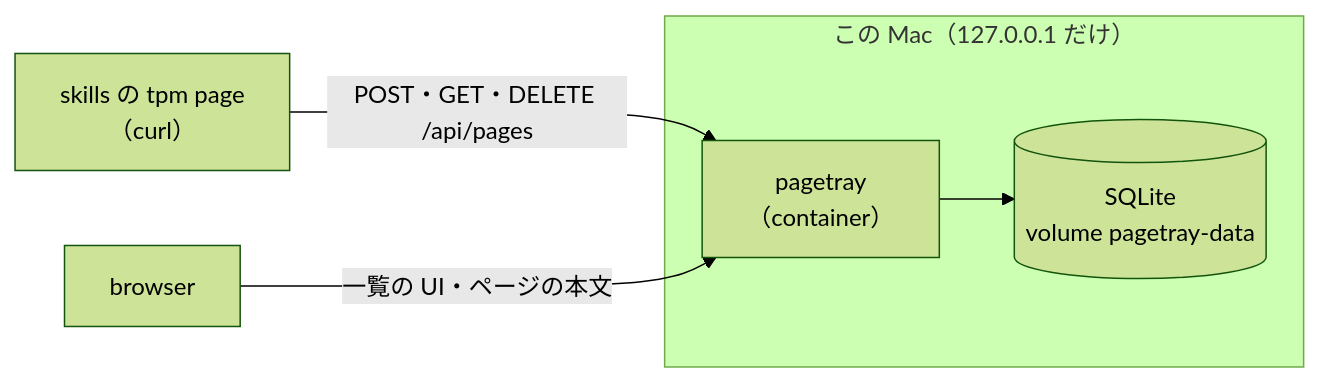
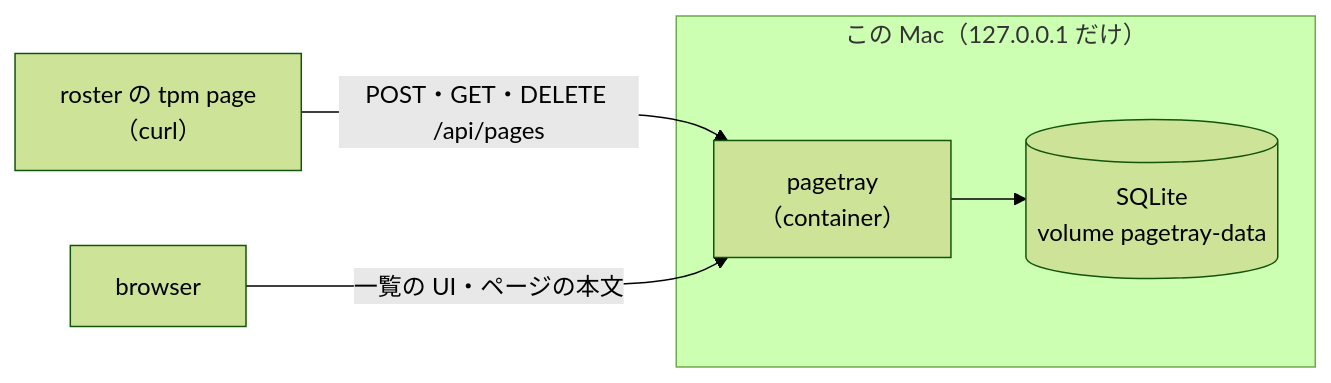
One commit to uraitakahito/pagetray changed the diagram in docs/src/index.md. Above: the diagram before and after it, drawn with Mermaid (forest theme). The commit also changed other lines of this file and 11 other files, not shown here.

First line of the commit message:
docs: 呼ぶ側の repo の名を skills から roster に替える（t-nsgr） (#36)

````diff
--- a/docs/src/index.md
+++ b/docs/src/index.md
@@ -6,8 +6,8 @@
 ```mermaid
 flowchart LR
-  tpm["skills の tpm page<br>（curl）"] -->|"POST・GET・DELETE /api/pages"| srv
+  tpm["roster の tpm page<br>（curl）"] -->|"POST・GET・DELETE /api/pages"| srv
   browser["browser"] -->|"一覧の UI・ページの本文"| srv
   subgraph mac["この Mac（127.0.0.1 だけ）"]
     srv["pagetray<br>（container）"] --> db[("SQLite<br>volume pagetray-data")]
   end
 ```
````
